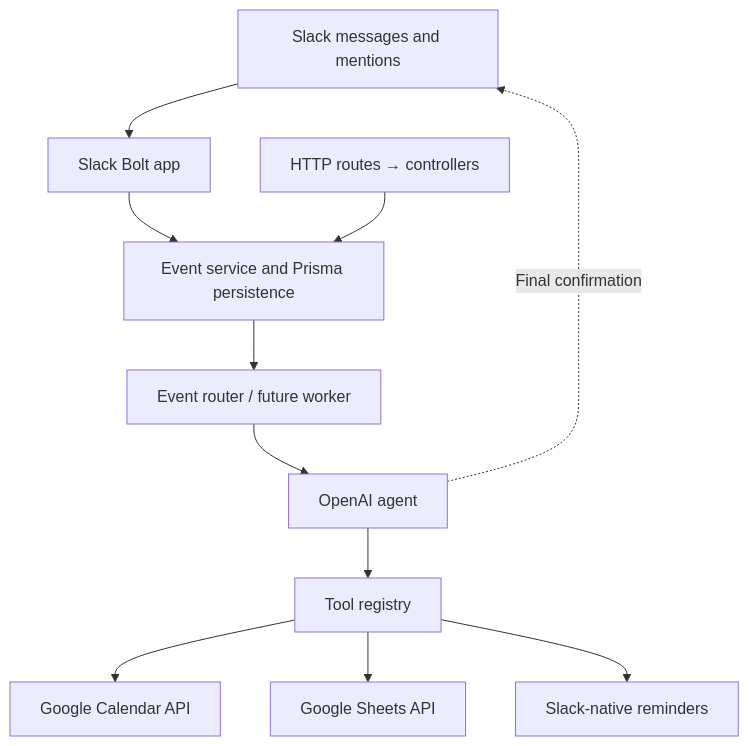
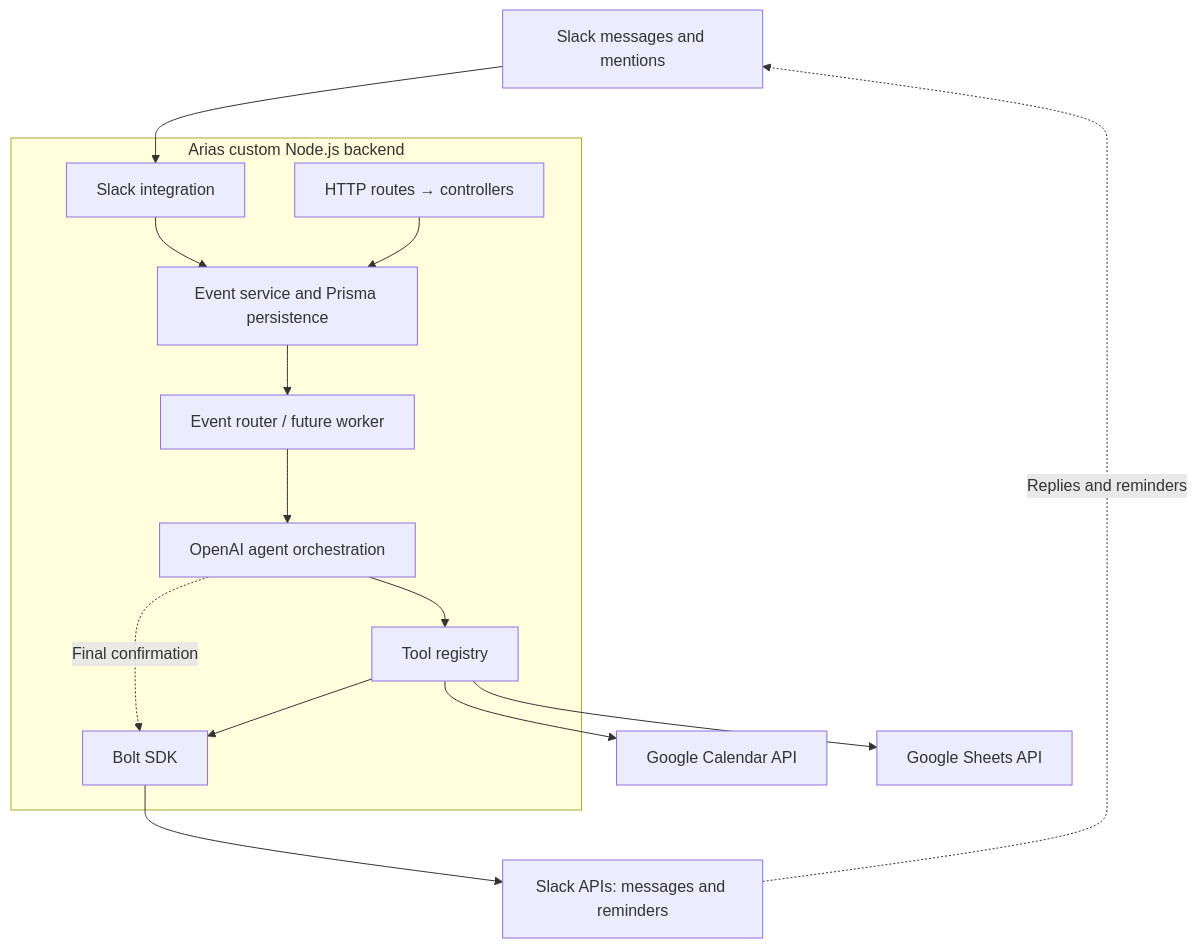
The diagram in README.md (Hosea-kibet/Arias), drawn with Mermaid before and after one commit. The commit also changed other lines of this file, not shown here.

````diff
--- a/README.md
+++ b/README.md
@@ -9,13 +9,17 @@
 ```mermaid
 flowchart TD
-  Slack[Slack messages and mentions] --> Bolt[Slack Bolt app]
-  Bolt --> Events[Event service and Prisma persistence]
-  HTTP[HTTP routes → controllers] --> Events
-  Events --> Router[Event router / future worker]
-  Router --> OpenAI[OpenAI agent]
-  OpenAI --> Tools[Tool registry]
+  Slack[Slack messages and mentions] --> SlackIntegration
+  subgraph Backend[Arias custom Node.js backend]
+    SlackIntegration[Slack integration] --> Events[Event service and Prisma persistence]
+    HTTP[HTTP routes → controllers] --> Events
+    Events --> Router[Event router / future worker]
+    Router --> OpenAI[OpenAI agent orchestration]
+    OpenAI --> Tools[Tool registry]
+    OpenAI -. Final confirmation .-> BoltSDK[Bolt SDK]
+    Tools --> BoltSDK
+  end
   Tools --> Calendar[Google Calendar API]
   Tools --> Sheets[Google Sheets API]
-  Tools --> Reminders[Slack-native reminders]
-  OpenAI -. Final confirmation .-> Slack
+  BoltSDK --> SlackAPIs[Slack APIs: messages and reminders]
+  SlackAPIs -. Replies and reminders .-> Slack
 ```
````
